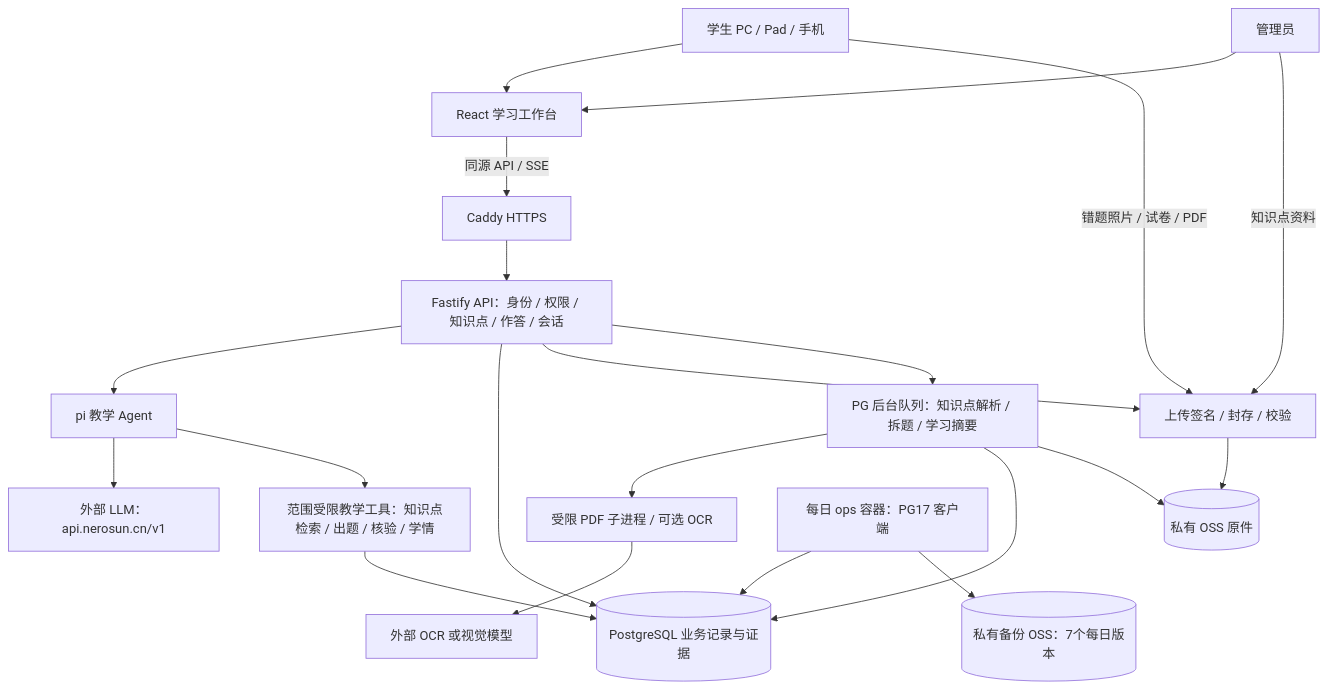
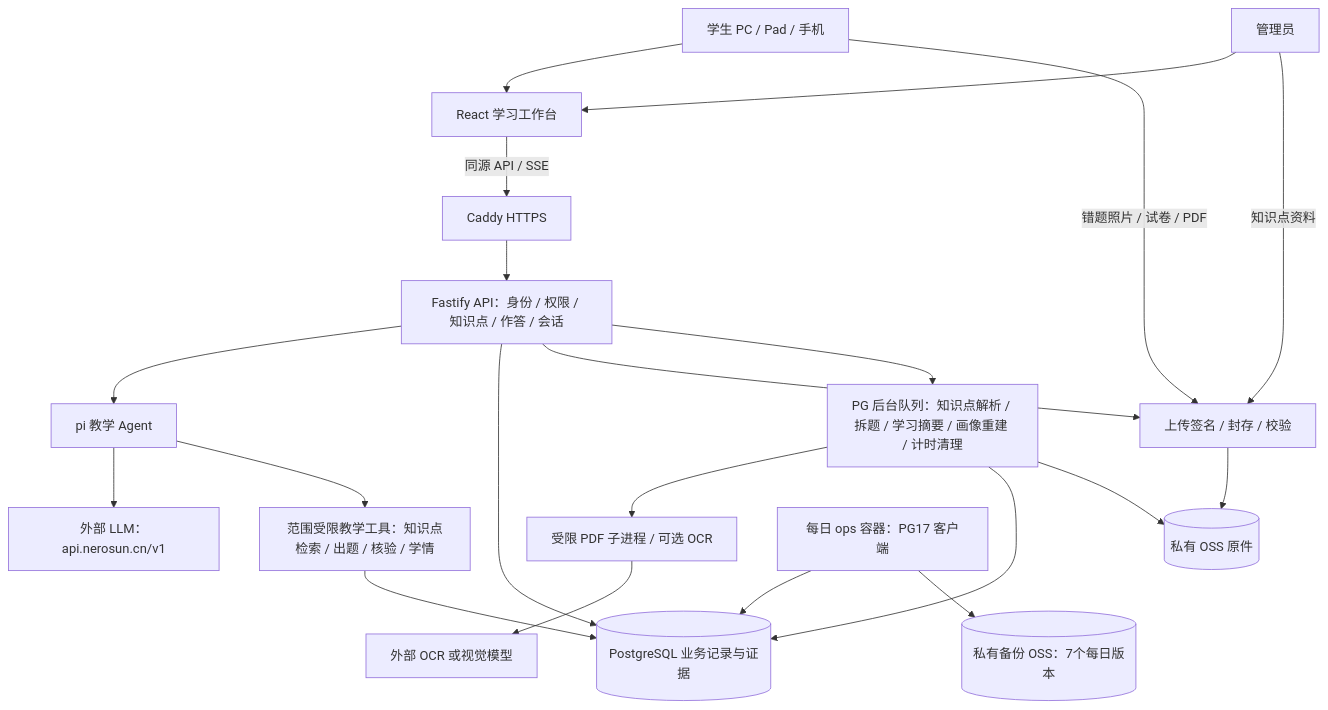
One commit to CoderSxy/xy-tutor changed the diagram in docs/architecture.md. Above: the diagram before and after it, drawn with Mermaid. The commit also changed other lines of this file and 17 other files, not shown here.

````diff
--- a/docs/architecture.md
+++ b/docs/architecture.md
@@ -15,23 +15,23 @@
 ```mermaid
 flowchart TD
   Student[学生 PC / Pad / 手机] --> Web[React 学习工作台]
   Admin[管理员] --> Web
   Web -->|同源 API / SSE| Caddy[Caddy HTTPS]
   Caddy --> API[Fastify API：身份 / 权限 / 知识点 / 作答 / 会话]
   API --> Pi[pi 教学 Agent]
   Pi --> Gateway[外部 LLM：api.nerosun.cn/v1]
   Pi --> Tools[范围受限教学工具：知识点检索 / 出题 / 核验 / 学情]
   Tools --> PG[(PostgreSQL 业务记录与证据)]
   API --> PG
   API --> Upload[上传签名 / 封存 / 校验]
   Student -->|错题照片 / 试卷 / PDF| Upload
   Admin -->|知识点资料| Upload
   Upload --> OSS[(私有 OSS 原件)]
-  API --> Jobs[PG 后台队列：知识点解析 / 拆题 / 学习摘要]
+  API --> Jobs[PG 后台队列：知识点解析 / 拆题 / 学习摘要 / 画像重建 / 计时清理]
   Jobs --> Parse[受限 PDF 子进程 / 可选 OCR]
   Parse --> OCR[外部 OCR 或视觉模型]
   Jobs --> PG
   Jobs --> OSS
   Backup[每日 ops 容器：PG17 客户端] --> PG
   Backup --> BackupOSS[(私有备份 OSS：7个每日版本)]
 ```
````
